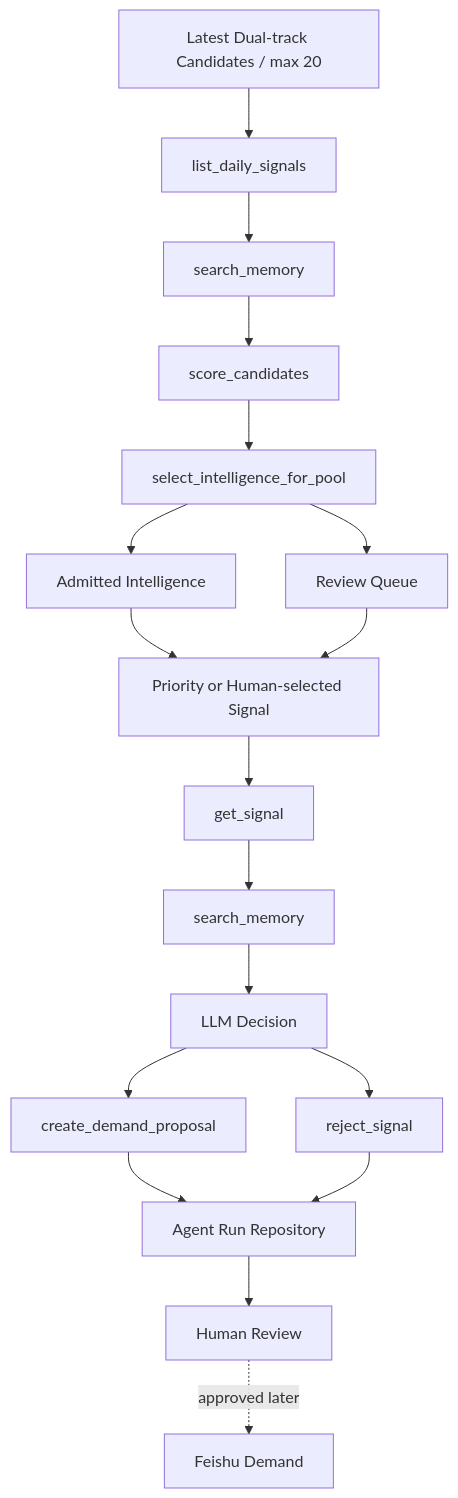
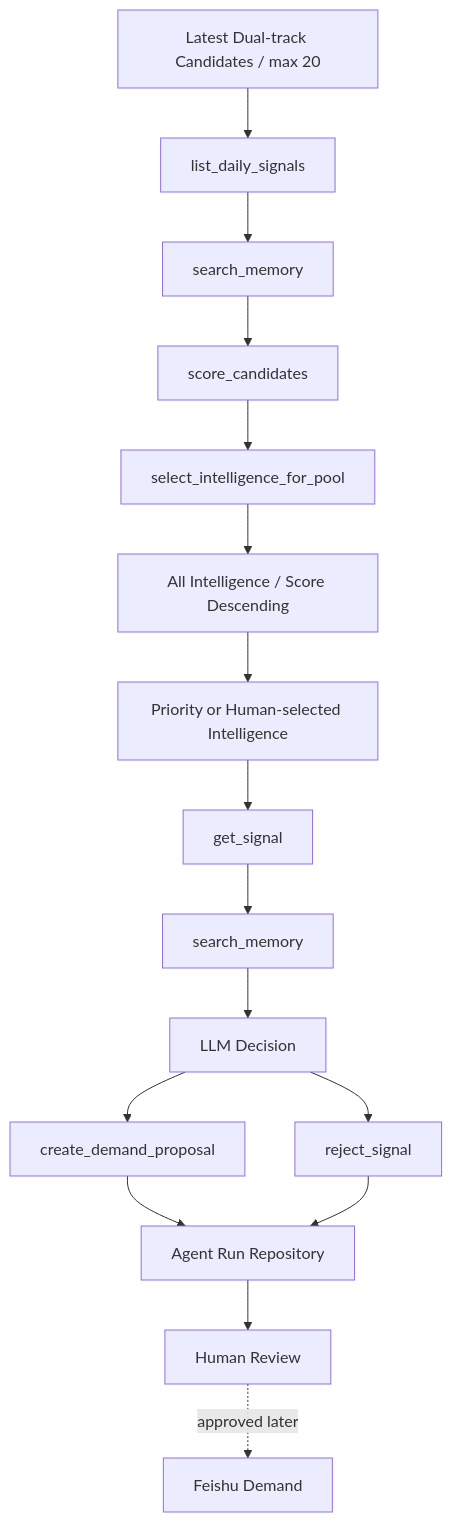
One commit to bbc804208302/AIPM- changed the fifth of 5 diagrams in README.md. Above: the diagram before and after it, drawn with Mermaid. The commit also changed other lines of this file and 16 other files, not shown here.

````diff
--- a/README.md
+++ b/README.md
@@ -312,20 +312,18 @@
 ```mermaid
 flowchart TB
   DS[Latest Dual-track Candidates / max 20] --> LS[list_daily_signals]
   LS --> TM[search_memory]
   TM --> SC[score_candidates]
   SC --> RT[select_intelligence_for_pool]
-  RT --> AP[Admitted Intelligence]
-  RT --> RQ[Review Queue]
-  AP --> S[Priority or Human-selected Signal]
-  RQ --> S
+  RT --> AP[All Intelligence / Score Descending]
+  AP --> S[Priority or Human-selected Intelligence]
   S --> GS[get_signal]
   GS --> SM[search_memory]
   SM --> LLM[LLM Decision]
   LLM --> DP[create_demand_proposal]
   LLM --> RJ[reject_signal]
   DP --> AR[Agent Run Repository]
   RJ --> AR
   AR --> HR[Human Review]
   HR -. approved later .-> FD[Feishu Demand]
 ```
````
